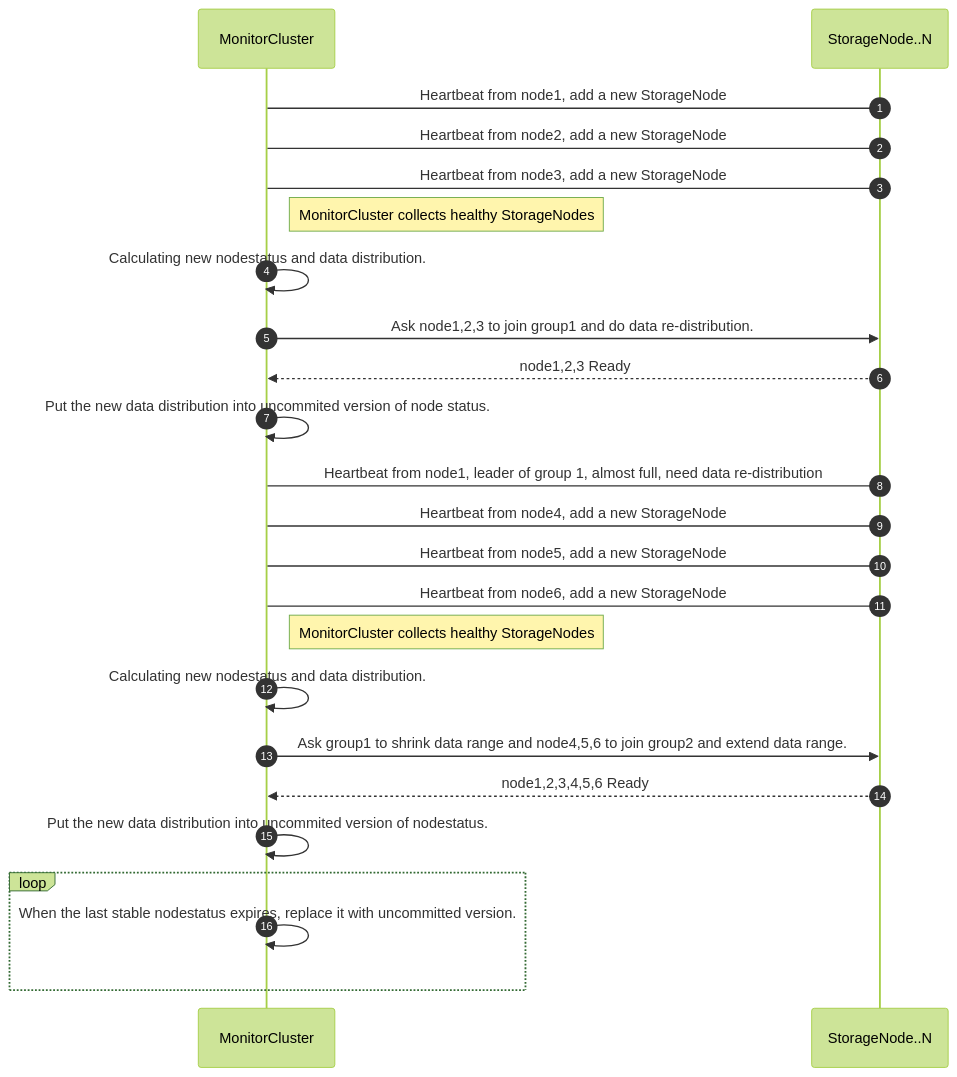
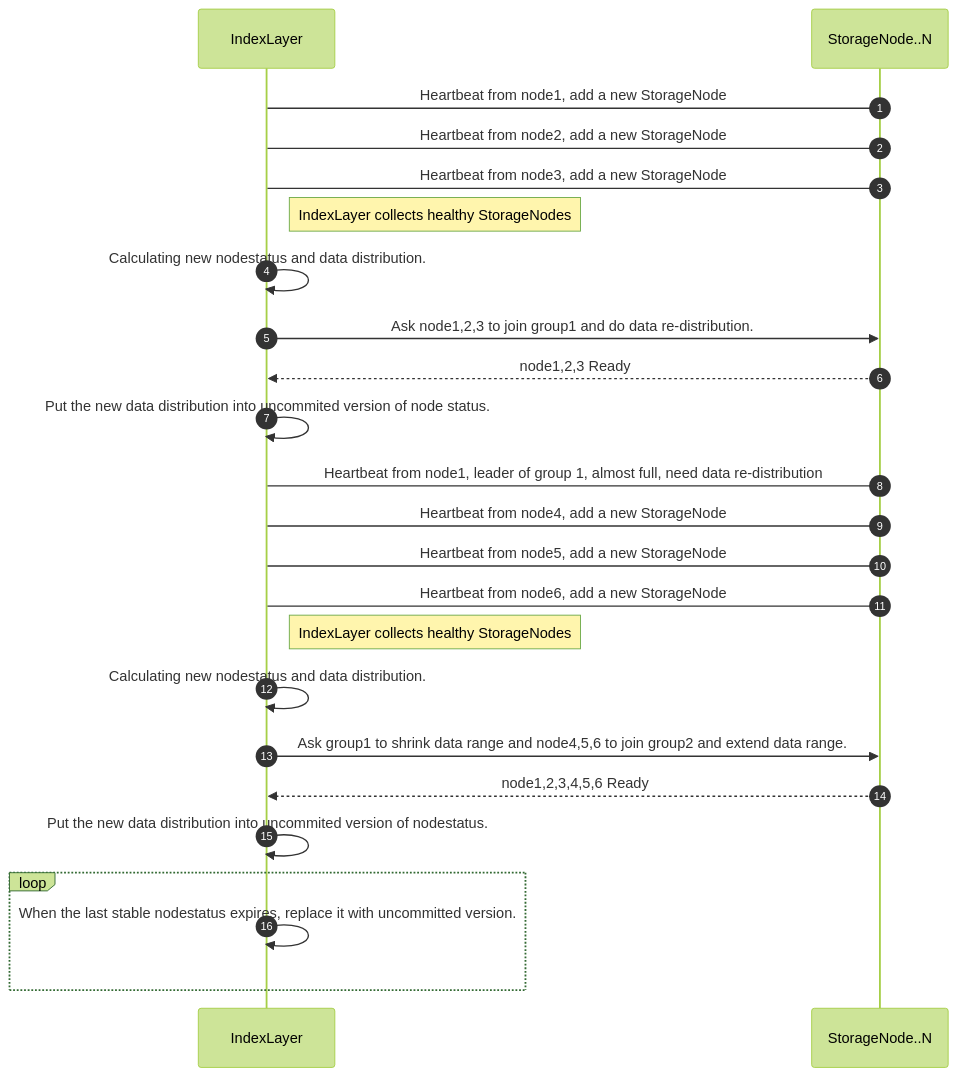
One commit to emon100/HADSS changed the third of 3 diagrams in README.md. Above: the diagram before and after it, drawn with Mermaid (forest theme). The commit also changed other lines of this file and 1 other file, not shown here.

Commit message:
doc: correct terms and update the part of Testing.

````diff
--- a/README.md
+++ b/README.md
@@ -107,31 +108,31 @@
 ```mermaid
 sequenceDiagram
     autonumber
-    participant MonitorCluster
+    participant IndexLayer
     participant StorageNode..N 
     
-    StorageNode..N->MonitorCluster: Heartbeat from node1, add a new StorageNode
-    StorageNode..N->MonitorCluster: Heartbeat from node2, add a new StorageNode
-    StorageNode..N->MonitorCluster: Heartbeat from node3, add a new StorageNode
+    StorageNode..N->IndexLayer: Heartbeat from node1, add a new StorageNode
+    StorageNode..N->IndexLayer: Heartbeat from node2, add a new StorageNode
+    StorageNode..N->IndexLayer: Heartbeat from node3, add a new StorageNode
     
-    Note right of MonitorCluster: MonitorCluster collects healthy StorageNodes
-    MonitorCluster->>MonitorCluster: Calculating new nodestatus and data distribution.
-    MonitorCluster->>StorageNode..N: Ask node1,2,3 to join group1 and do data re-distribution.
-    StorageNode..N-->>MonitorCluster: node1,2,3 Ready
-    MonitorCluster->>MonitorCluster: Put the new data distribution into uncommited version of node status.
+    Note right of IndexLayer: IndexLayer collects healthy StorageNodes
+    IndexLayer->>IndexLayer: Calculating new nodestatus and data distribution.
+    IndexLayer->>StorageNode..N: Ask node1,2,3 to join group1 and do data re-distribution.
+    StorageNode..N-->>IndexLayer: node1,2,3 Ready
+    IndexLayer->>IndexLayer: Put the new data distribution into uncommited version of node status.
     
-    StorageNode..N->MonitorCluster: Heartbeat from node1, leader of group 1, almost full, need data re-distribution
-    StorageNode..N->MonitorCluster: Heartbeat from node4, add a new StorageNode
-    StorageNode..N->MonitorCluster: Heartbeat from node5, add a new StorageNode
-    StorageNode..N->MonitorCluster: Heartbeat from node6, add a new StorageNode
+    StorageNode..N->IndexLayer: Heartbeat from node1, leader of group 1, almost full, need data re-distribution
+    StorageNode..N->IndexLayer: Heartbeat from node4, add a new StorageNode
+    StorageNode..N->IndexLayer: Heartbeat from node5, add a new StorageNode
+    StorageNode..N->IndexLayer: Heartbeat from node6, add a new StorageNode
     
-    Note right of MonitorCluster: MonitorCluster collects healthy StorageNodes
-    MonitorCluster->>MonitorCluster: Calculating new nodestatus and data distribution.
-    MonitorCluster->>StorageNode..N: Ask group1 to shrink data range and node4,5,6 to join group2 and extend data range.
-    StorageNode..N-->>MonitorCluster: node1,2,3,4,5,6 Ready
-    MonitorCluster->>MonitorCluster: Put the new data distribution into uncommited version of nodestatus.
+    Note right of IndexLayer: IndexLayer collects healthy StorageNodes
+    IndexLayer->>IndexLayer: Calculating new nodestatus and data distribution.
+    IndexLayer->>StorageNode..N: Ask group1 to shrink data range and node4,5,6 to join group2 and extend data range.
+    StorageNode..N-->>IndexLayer: node1,2,3,4,5,6 Ready
+    IndexLayer->>IndexLayer: Put the new data distribution into uncommited version of nodestatus.
     
     loop
-        MonitorCluster->>MonitorCluster: When the last stable nodestatus expires, replace it with uncommitted version.
+        IndexLayer->>IndexLayer: When the last stable nodestatus expires, replace it with uncommitted version.
     end
 ```
````
